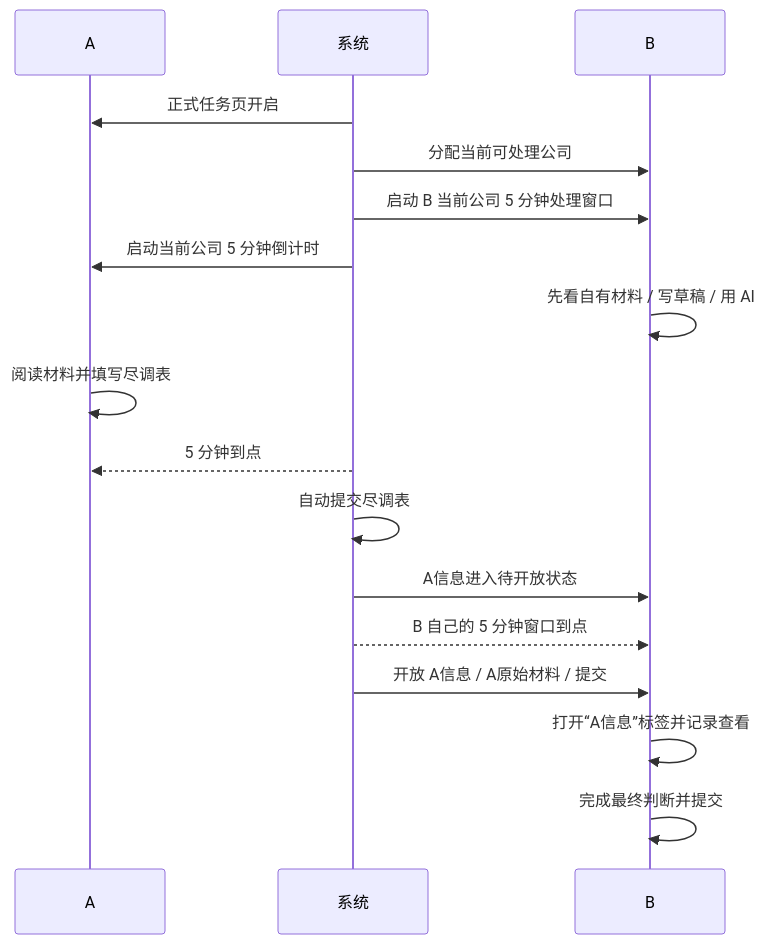
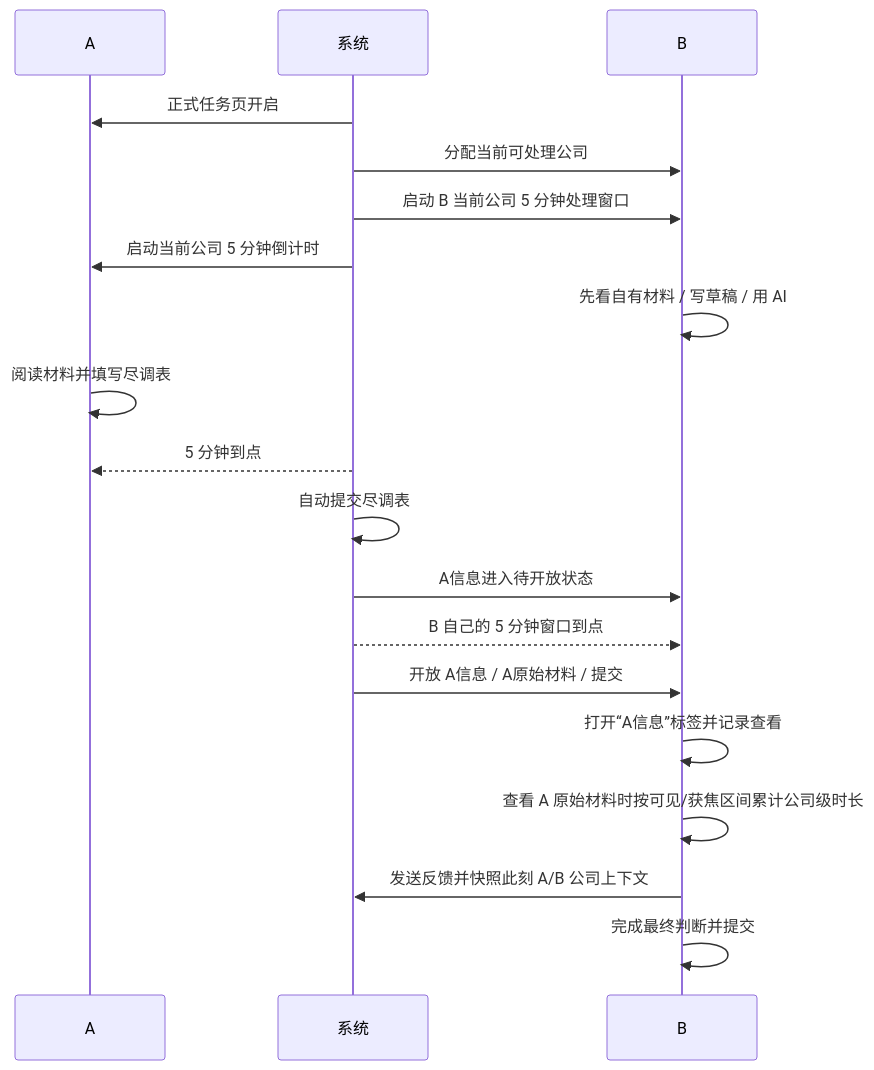
Before and after one commit to yezhouyedu/multicooperation: the third of 4 diagrams in 02_specs/00_overview/APP_FLOW.md, drawn with Mermaid. The commit also changed other lines of this file and 22 other files, not shown here.

````diff
--- a/02_specs/00_overview/APP_FLOW.md
+++ b/02_specs/00_overview/APP_FLOW.md
@@ -274,19 +277,21 @@
 ```mermaid
 sequenceDiagram
     participant D as A
     participant S as 系统
     participant I as B
     S->>D: 正式任务页开启
     S->>I: 分配当前可处理公司
     S->>I: 启动 B 当前公司 5 分钟处理窗口
     S->>D: 启动当前公司 5 分钟倒计时
     I->>I: 先看自有材料 / 写草稿 / 用 AI
     D->>D: 阅读材料并填写尽调表
     S-->>D: 5 分钟到点
     S->>S: 自动提交尽调表
     S->>I: A信息进入待开放状态
     S-->>I: B 自己的 5 分钟窗口到点
     S->>I: 开放 A信息 / A原始材料 / 提交
     I->>I: 打开“A信息”标签并记录查看
+    I->>I: 查看 A 原始材料时按可见/获焦区间累计公司级时长
+    I->>S: 发送反馈并快照此刻 A/B 公司上下文
     I->>I: 完成最终判断并提交
 ```
````
